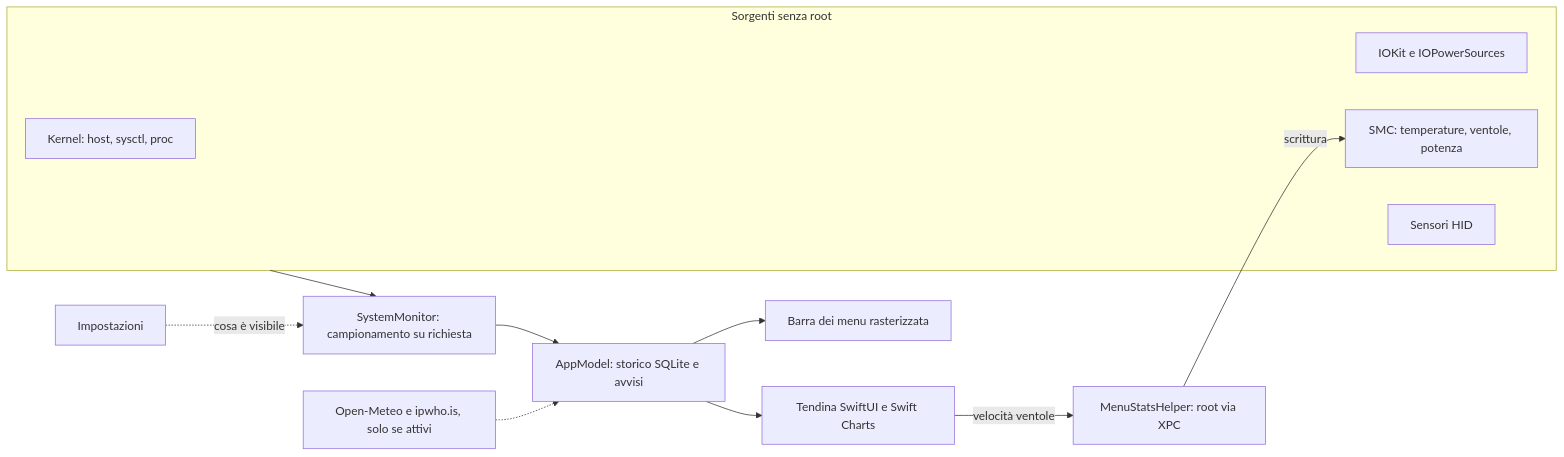
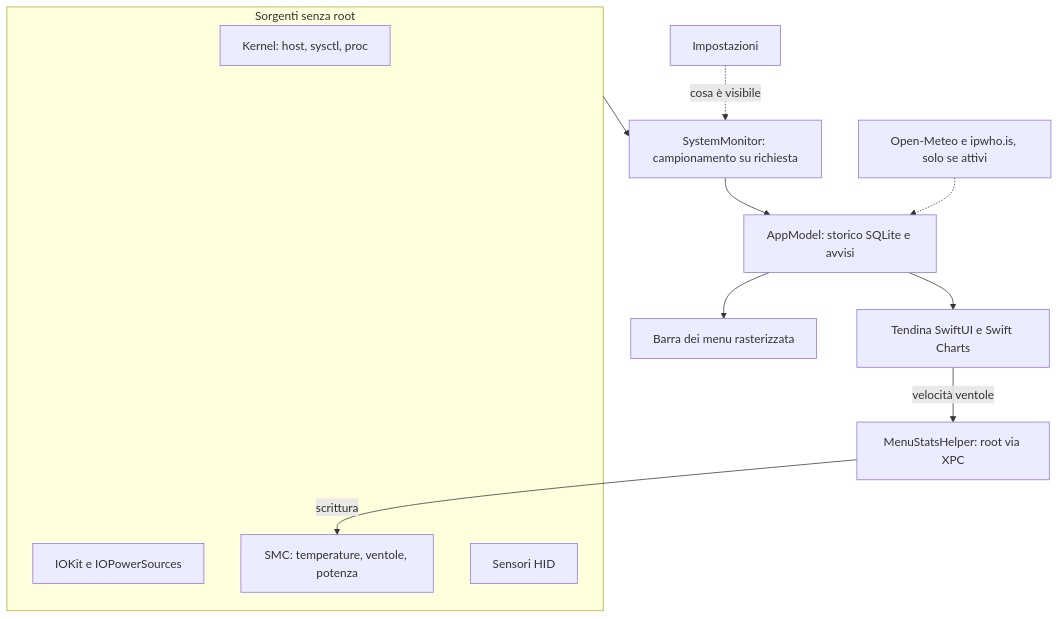
One commit to alessandro-guttadauro/MenuStats changed the diagram in README.md. Above: the diagram before and after it, drawn with Mermaid.

Commit message:
README: diagramma verticale, più leggibile

````diff
--- a/README.md
+++ b/README.md
@@ -169,25 +169,25 @@
 ```mermaid
-flowchart LR
+flowchart TB
     subgraph SRC [Sorgenti senza root]
         K[Kernel: host, sysctl, proc]
         IO[IOKit e IOPowerSources]
         SMC[SMC: temperature, ventole, potenza]
         HID[Sensori HID]
     end
     SM[SystemMonitor: campionamento su richiesta]
     AM[AppModel: storico SQLite e avvisi]
     SB[Barra dei menu rasterizzata]
     DP[Tendina SwiftUI e Swift Charts]
     ST[Impostazioni]
     H[MenuStatsHelper: root via XPC]
     W[Open-Meteo e ipwho.is, solo se attivi]
 
     SRC --> SM
     SM --> AM
     AM --> SB
     AM --> DP
     W -.-> AM
     ST -.->|cosa è visibile| SM
     DP -->|velocità ventole| H
     H -->|scrittura| SMC
 ```
````
